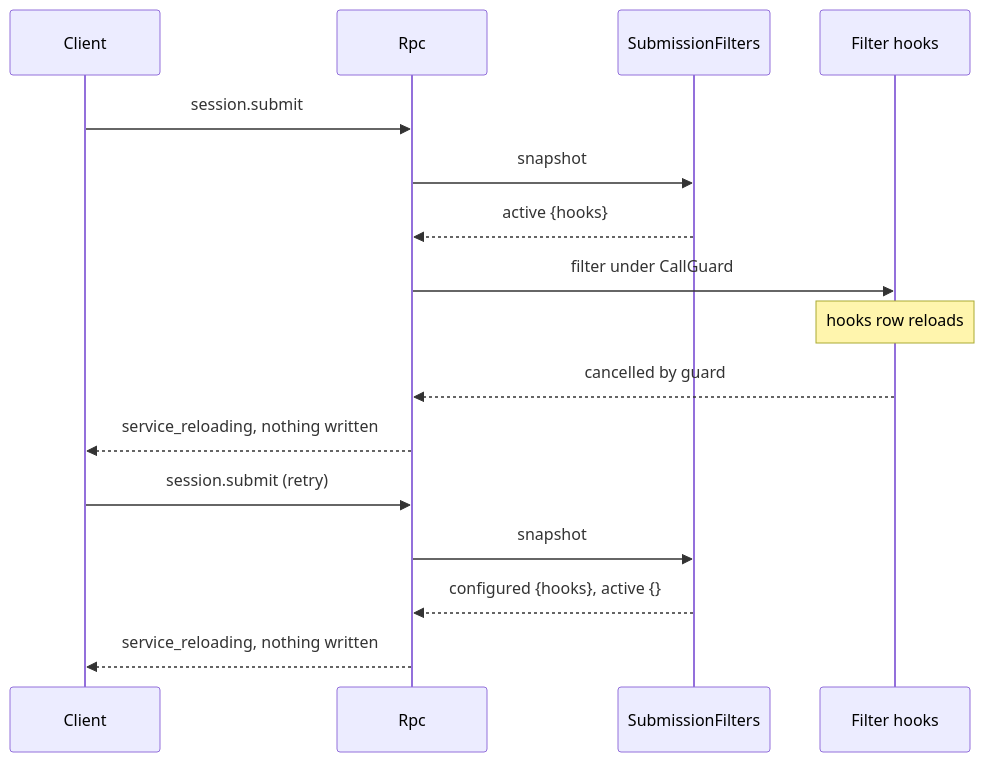
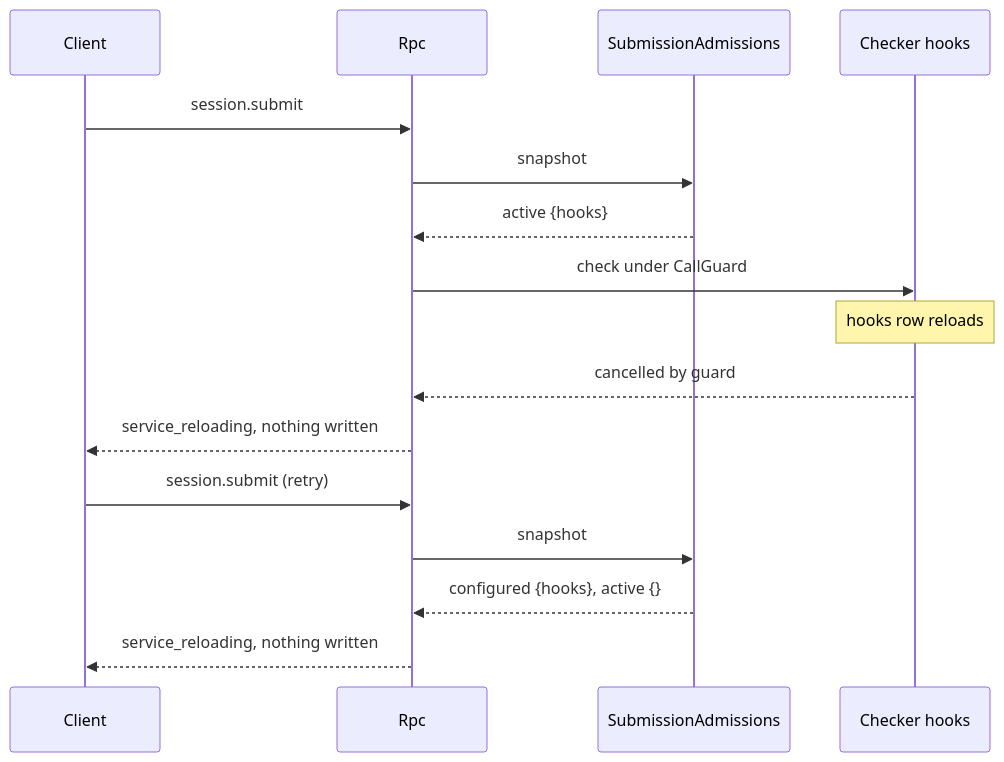
The fifth of 5 diagrams in docs/design/contracts/session-boundary.md (CoutinhoTTS/dim-agent), drawn with Mermaid before and after one commit. The commit also changed other lines of this file and 4 other files, not shown here.

````diff
--- a/docs/design/contracts/session-boundary.md
+++ b/docs/design/contracts/session-boundary.md
@@ -187,18 +124,18 @@
 ```mermaid
 sequenceDiagram
   participant CL as Client
   participant Rpc as Rpc
-  participant R as SubmissionFilters
-  participant P as Filter hooks
+  participant R as SubmissionAdmissions
+  participant H as Checker hooks
   CL->>Rpc: session.submit
   Rpc->>R: snapshot
   R-->>Rpc: active {hooks}
-  Rpc->>P: filter under CallGuard
-  Note over P: hooks row reloads
-  P-->>Rpc: cancelled by guard
+  Rpc->>H: check under CallGuard
+  Note over H: hooks row reloads
+  H-->>Rpc: cancelled by guard
   Rpc-->>CL: service_reloading, nothing written
   CL->>Rpc: session.submit (retry)
   Rpc->>R: snapshot
   R-->>Rpc: configured {hooks}, active {}
   Rpc-->>CL: service_reloading, nothing written
 ```
````
